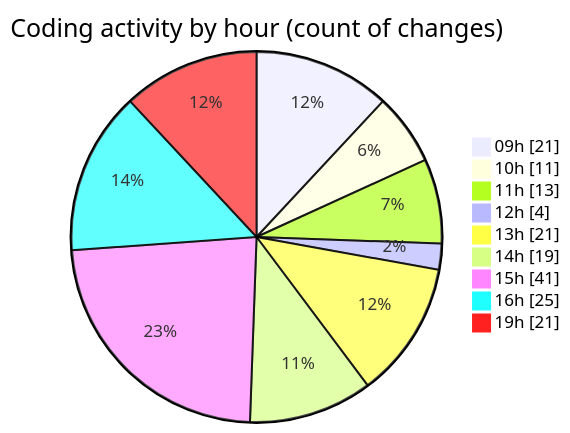
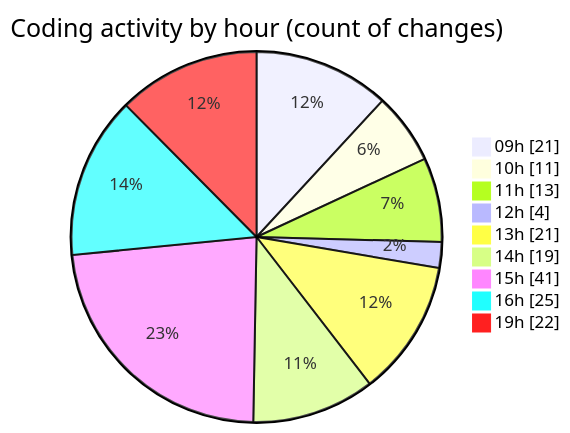
One commit to momahboobian/code-tracking changed the second of 2 diagrams in 2026-06-01/cda/README.md. Above: the diagram before and after it, drawn with Mermaid. The commit also changed other lines of this file and 1 other file, not shown here.

````diff
--- a/2026-06-01/cda/README.md
+++ b/2026-06-01/cda/README.md
@@ -91,13 +91,13 @@
 ```mermaid
 pie showData
 title Coding activity by hour (count of changes)
 "09h" : 21
 "10h" : 11
 "11h" : 13
 "12h" : 4
 "13h" : 21
 "14h" : 19
 "15h" : 41
 "16h" : 25
-"19h" : 21
+"19h" : 22
 ```
````
